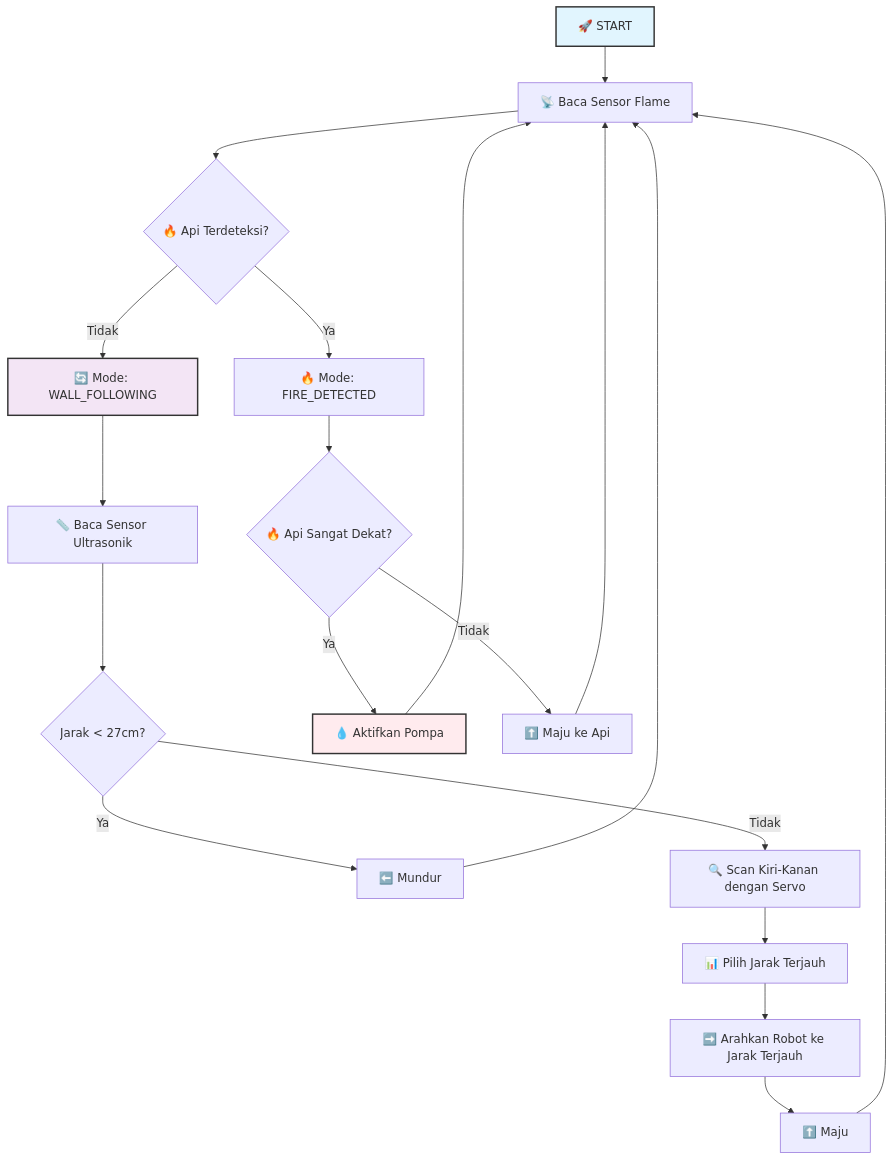
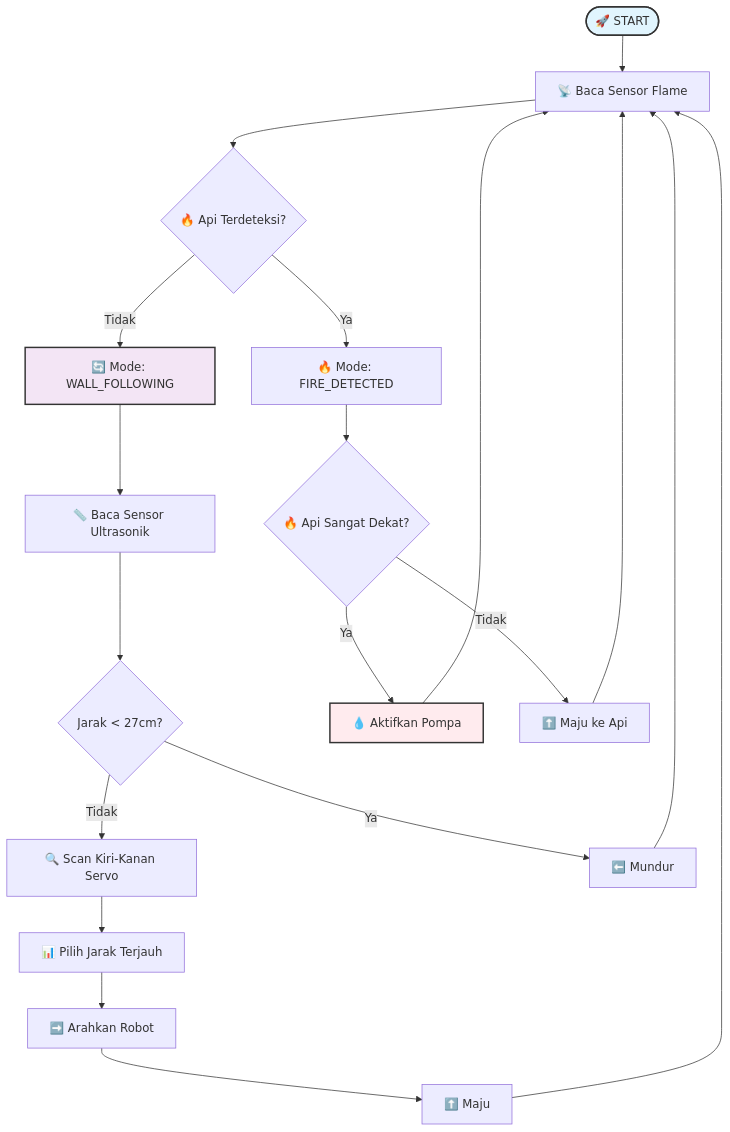
One commit to ficrammanifur/robot-wall-folower changed the second of 2 diagrams in README.md. Above: the diagram before and after it, drawn with Mermaid.

````diff
--- a/README.md
+++ b/README.md
@@ -125,30 +125,34 @@
 ```mermaid
 flowchart TD
-    A[🚀 START] --> B[📡 Baca Sensor Flame]
+    A([🚀 START]) --> B[📡 Baca Sensor Flame]
     B --> C{🔥 Api Terdeteksi?}
     
-    C -->|Ya| E[🔥 Mode: FIRE_DETECTED]
-    C -->|Tidak| D[🔄 Mode: WALL_FOLLOWING]
+    C -- Ya --> E[🔥 Mode: FIRE_DETECTED]
+    C -- Tidak --> D[🔄 Mode: WALL_FOLLOWING]
     
+    %% WALL FOLLOWING
     D --> D1[📏 Baca Sensor Ultrasonik]
     D1 --> D2{Jarak < 27cm?}
-    D2 -->|Ya| D3[⬅️ Mundur]
-    D2 -->|Tidak| D4[🔍 Scan Kiri-Kanan dengan Servo]
+    D2 -- Tidak --> D4[🔍 Scan Kiri-Kanan Servo]
     D4 --> D5[📊 Pilih Jarak Terjauh]
-    D5 --> D6[➡️ Arahkan Robot ke Jarak Terjauh]
+    D5 --> D6[➡️ Arahkan Robot]
     D6 --> D7[⬆️ Maju]
+    
+    D2 -- Ya --> D3[⬅️ Mundur]
     
     D3 --> B
     D7 --> B
     
+    %% FIRE DETECTED
     E --> E1{🔥 Api Sangat Dekat?}
-    E1 -->|Ya| E2[💧 Aktifkan Pompa]
-    E1 -->|Tidak| E3[⬆️ Maju ke Api]
+    E1 -- Ya --> E2[💧 Aktifkan Pompa]
+    E1 -- Tidak --> E3[⬆️ Maju ke Api]
     
     E2 --> B
     E3 --> B
     
+    %% STYLE
     style A fill:#e1f5fe,stroke:#333,stroke-width:2px
     style E2 fill:#ffebee,stroke:#333,stroke-width:2px
     style D fill:#f3e5f5,stroke:#333,stroke-width:2px
 ```
````
